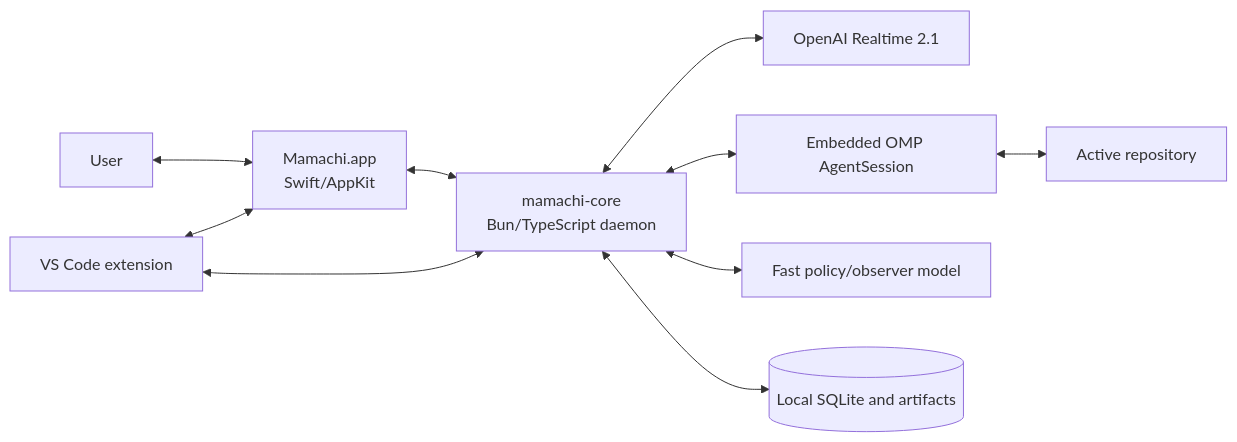
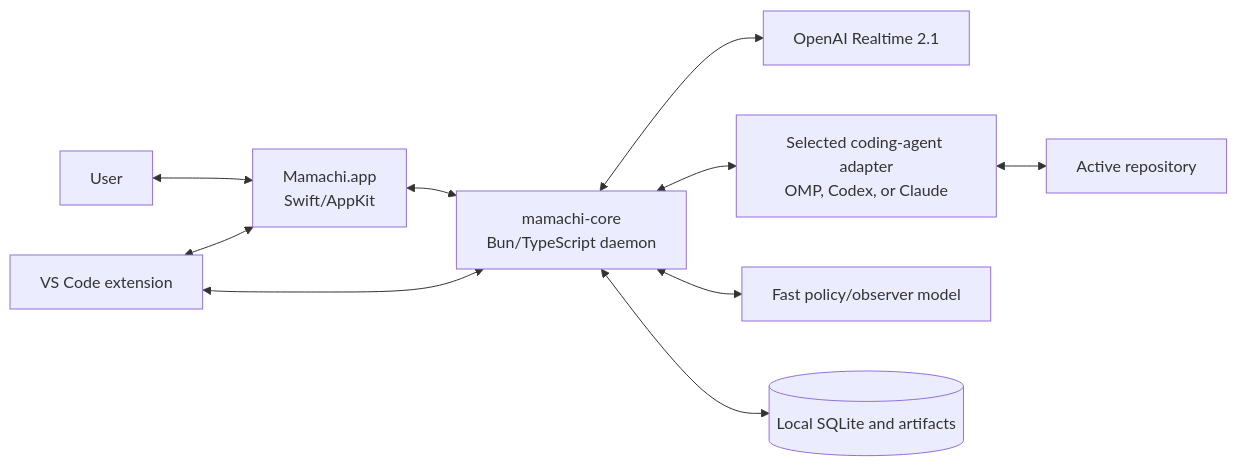
One commit to Gokturkakman/mamachi changed the first of 4 diagrams in PRD.md. Above: the diagram before and after it, drawn with Mermaid. The commit also changed other lines of this file and 38 other files, not shown here.

````diff
--- a/PRD.md
+++ b/PRD.md
@@ -232,12 +232,12 @@
 ```mermaid
 flowchart LR
   U[User] <--> M[Mamachi.app\nSwift/AppKit]
   M <--> D[mamachi-core\nBun/TypeScript daemon]
   D <--> V[OpenAI Realtime 2.1]
-  D <--> C[Embedded OMP AgentSession]
+  D <--> C[Selected coding-agent adapter\nOMP, Codex, or Claude]
   C <--> R[Active repository]
   D <--> O[Fast policy/observer model]
   D <--> S[(Local SQLite and artifacts)]
   E[VS Code extension] <--> D
   E <--> M
 ```
````
